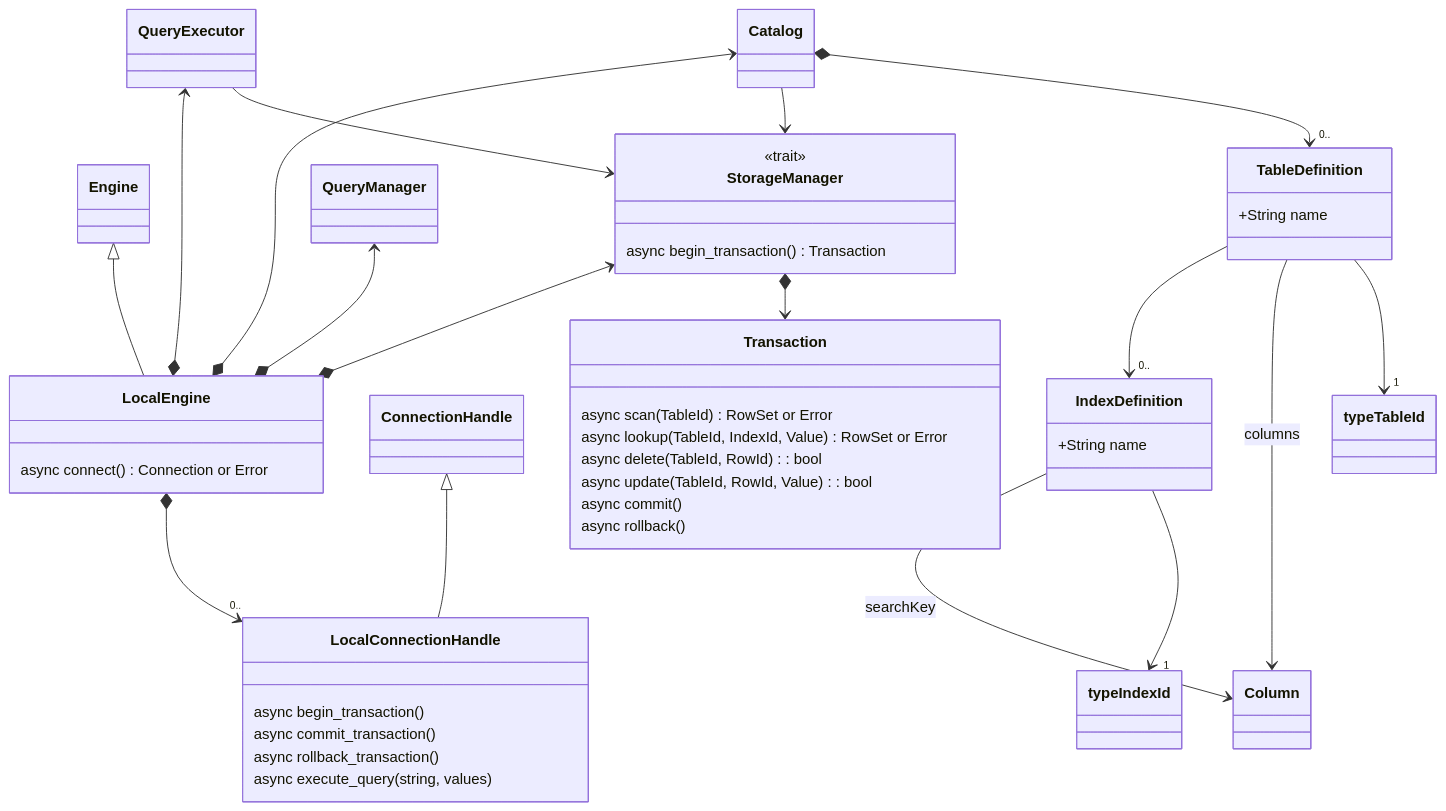
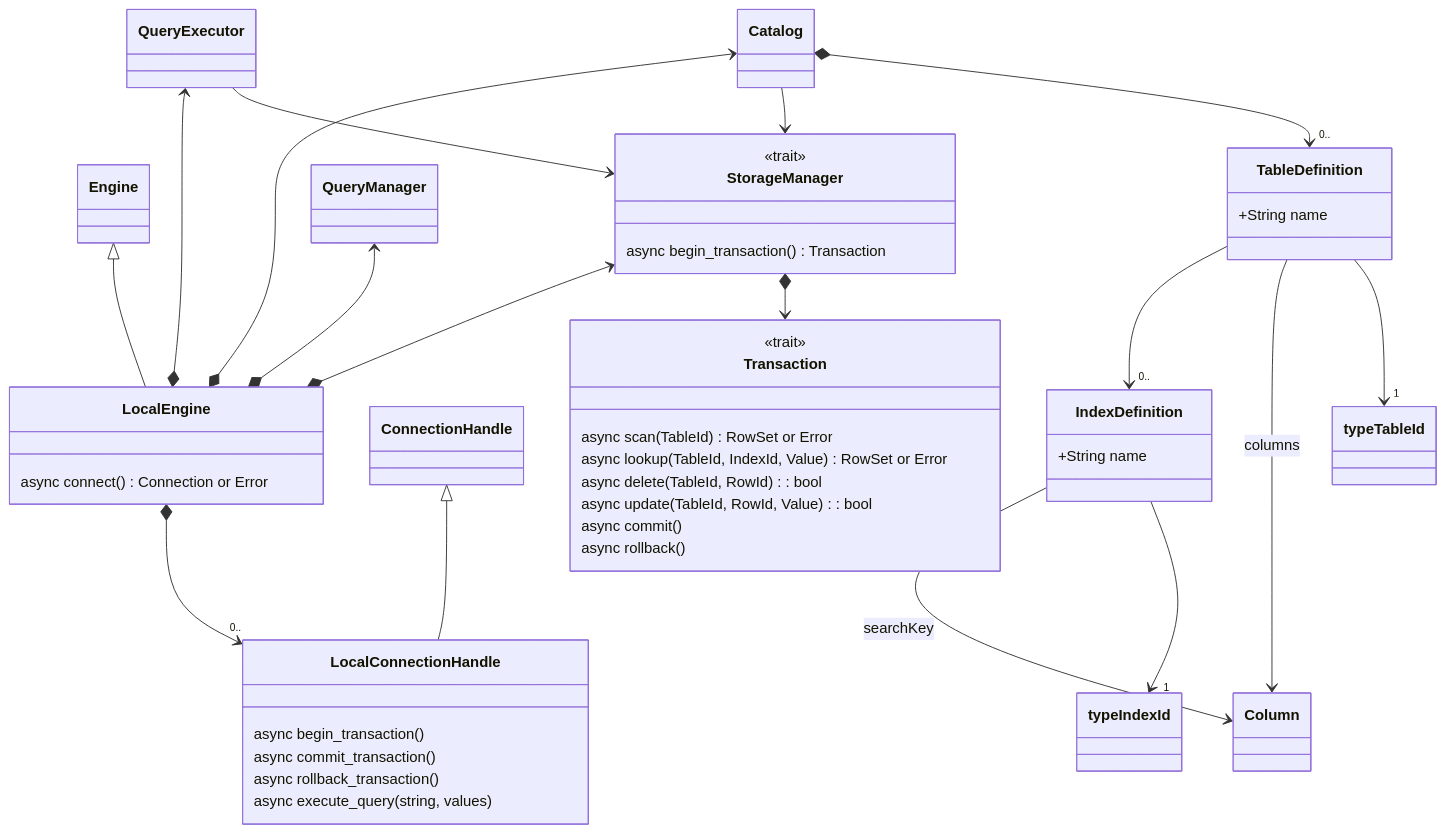
One commit to adityarao2005/database changed the diagram in docs/design/local_sql_db.md. Above: the diagram before and after it, drawn with Mermaid. The commit also changed other lines of this file, not shown here.

Commit message:
refactor: update Transaction class to include trait annotation; improve clarity on database state management

````diff
--- a/docs/design/local_sql_db.md
+++ b/docs/design/local_sql_db.md
@@ -5,62 +5,63 @@
 ```mermaid
 classDiagram
     class LocalEngine {
         async connect() Connection or Error
     }
 
     class LocalConnectionHandle {
         async begin_transaction()
         async commit_transaction()
         async rollback_transaction()
         async execute_query(string, values)
     }
 
     ConnectionHandle <|-- LocalConnectionHandle
     LocalEngine *--> "0.." LocalConnectionHandle
     Engine <|-- LocalEngine
 
     class Catalog {
     }
 
     class TableDefinition {
         +String name
     }
 
     TableDefinition --> "1" type TableId
     TableDefinition --> Column: columns
     IndexDefinition --> "1" type IndexId
     IndexDefinition --> Column: searchKey
 
     class IndexDefinition {
         +String name
     }
 
     TableDefinition --> "0.." IndexDefinition
 
     Catalog *--> "0.." TableDefinition
     Catalog --> StorageManager
 
     QueryExecutor --> StorageManager
 
     class StorageManager {
         <<trait>>
 
         async begin_transaction() Transaction
     }
 
     StorageManager *--> Transaction
 
     class Transaction {
+        <<trait>>
         async scan(TableId) RowSet or Error
         async lookup(TableId, IndexId, Value) RowSet or Error
         async delete(TableId, RowId): bool
         async update(TableId, RowId, Value): bool
         async commit()
         async rollback()
     }
 
     QueryManager <--* LocalEngine
     Catalog <--* LocalEngine
     QueryExecutor <--* LocalEngine
     StorageManager <--* LocalEngine
 ```
````
